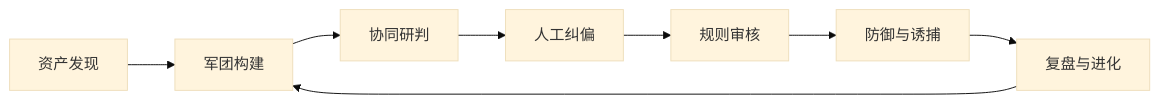
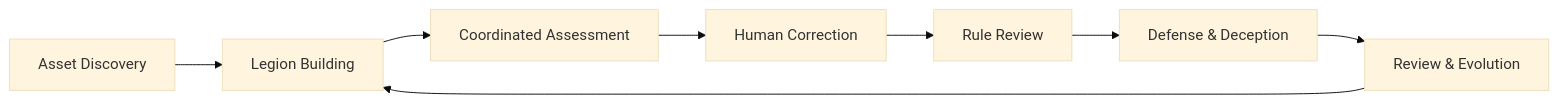
The first of 2 diagrams in README.md (Advinsu/see-danger-everywhere), drawn with Mermaid (base theme) before and after one commit. The commit also changed other lines of this file and 2 other files, not shown here.

````diff
--- a/README.md
+++ b/README.md
@@ -31,10 +31,10 @@
 ```mermaid
 flowchart LR
-    A[资产发现] --> B[军团构建]
-    B --> C[协同研判]
-    C --> D[人工纠偏]
-    D --> E[规则审核]
-    E --> F[防御与诱捕]
-    F --> G[复盘与进化]
+    A[Asset Discovery] --> B[Legion Building]
+    B --> C[Coordinated Assessment]
+    C --> D[Human Correction]
+    D --> E[Rule Review]
+    E --> F[Defense & Deception]
+    F --> G[Review & Evolution]
     G --> B
 ```
````
